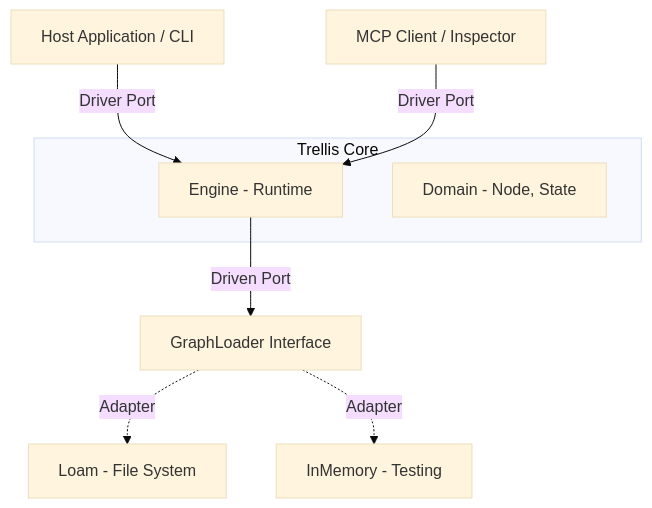
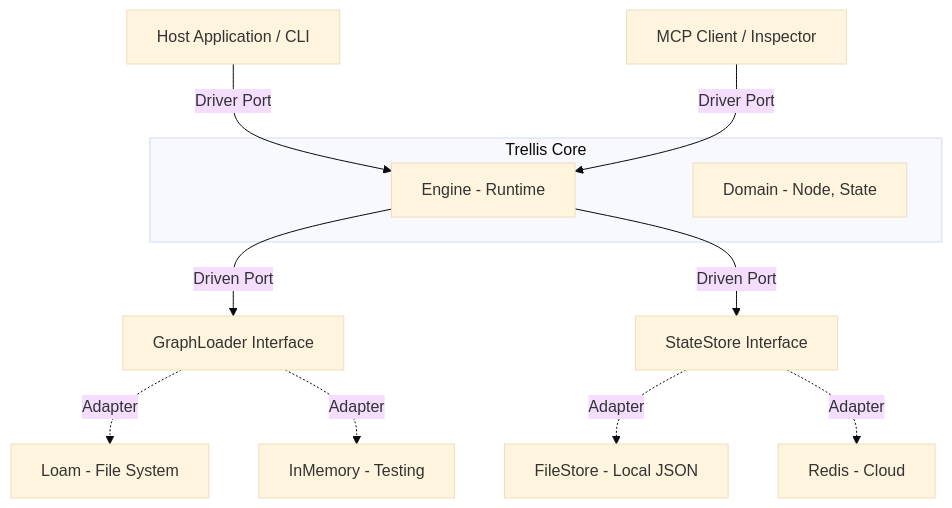
Before and after one commit to aretw0/trellis: the first of 10 diagrams in docs/TECHNICAL.md, drawn with Mermaid (base theme). The commit also changed other lines of this file and 1 other file, not shown here.

Commit message:
docs: update roadmap and reference for persistence layer

````diff
--- a/docs/TECHNICAL.md
+++ b/docs/TECHNICAL.md
@@ -37,12 +44,16 @@
 ```mermaid
 graph TD
     Host[Host Application / CLI] -->|Driver Port| Engine
     MCP[MCP Client / Inspector] -->|Driver Port| Engine
     subgraph "Trellis Core"
         Engine[Engine - Runtime]
         Domain[Domain - Node, State]
     end
     Engine -->|Driven Port| Loader[GraphLoader Interface]
     Loader -.->|Adapter| Loam[Loam - File System]
     Loader -.->|Adapter| Mem[InMemory - Testing]
+    
+    Engine -->|Driven Port| Store[StateStore Interface]
+    Store -.->|Adapter| FileStore[FileStore - Local JSON]
+    Store -.->|Adapter| Redis[Redis - Cloud]
 ```
````
